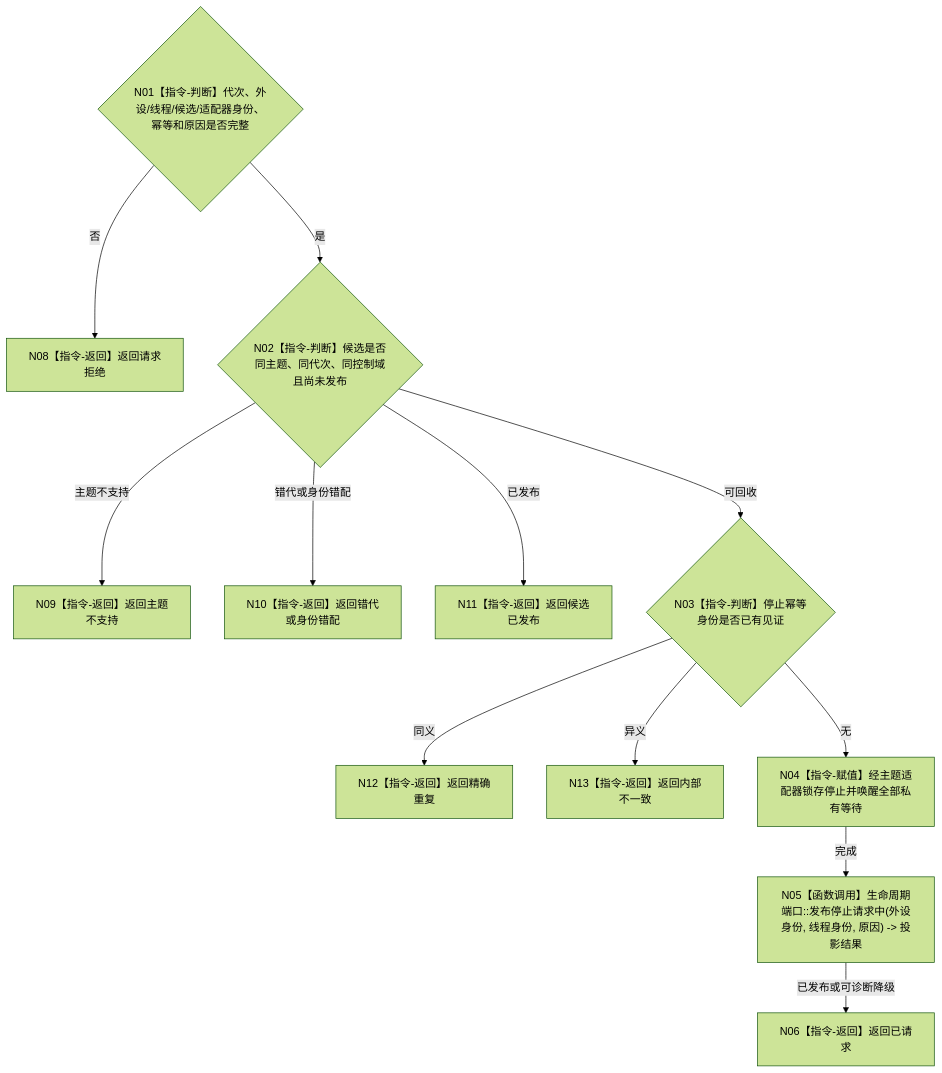
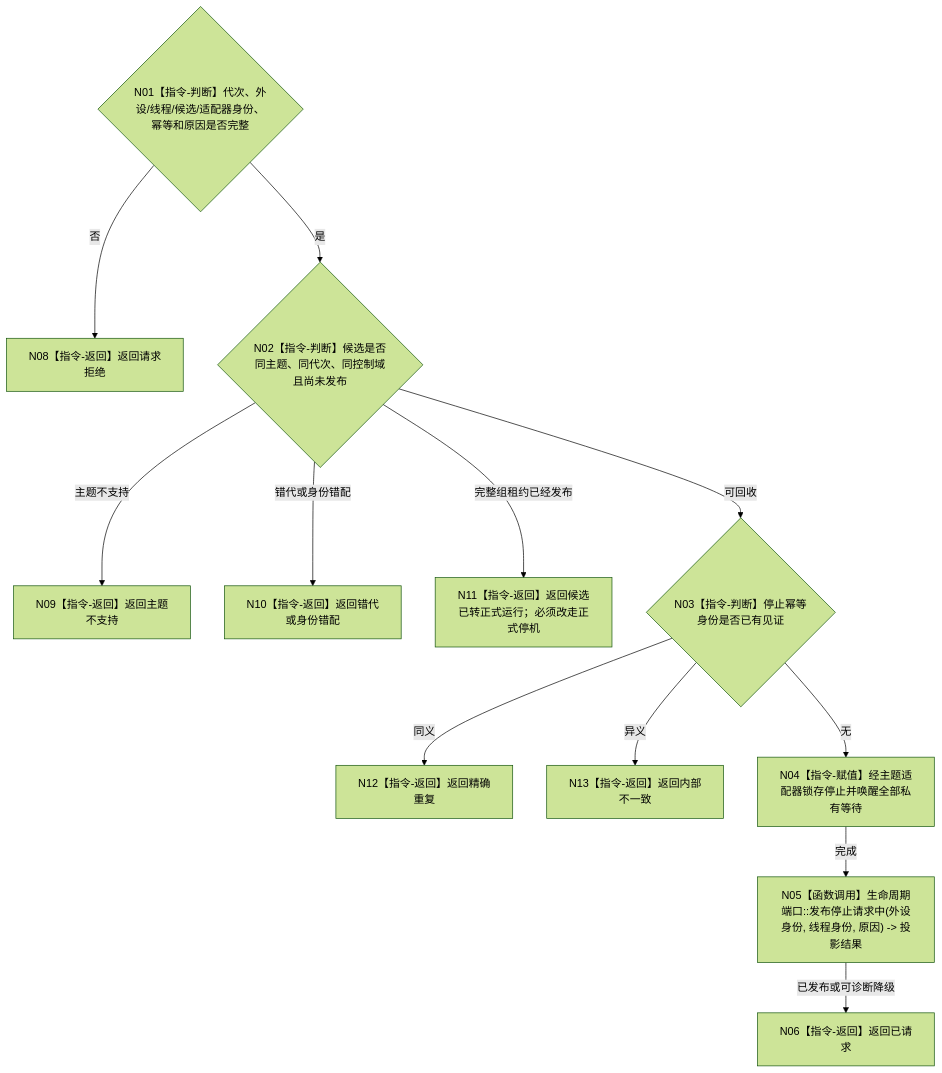
One commit to chunhaizh-cyber/HY-Ego changed the diagram in 流程图/目标业务流程图/L4/BIZ-L4-001-07-02-01_停止一个外设线程启动候选_目标函数流程图_v0.1.md. Above: the diagram before and after it, drawn with Mermaid (forest theme). The commit also changed other lines of this file and 17 other files, not shown here.

````diff
--- a/流程图/目标业务流程图/L4/BIZ-L4-001-07-02-01_停止一个外设线程启动候选_目标函数流程图_v0.1.md
+++ b/流程图/目标业务流程图/L4/BIZ-L4-001-07-02-01_停止一个外设线程启动候选_目标函数流程图_v0.1.md
@@ -30,14 +30,14 @@
 ```mermaid
 flowchart TD
  N01{"N01【指令-判断】代次、外设/线程/候选/适配器身份、幂等和原因是否完整"} -->|否| N08["N08【指令-返回】返回请求拒绝"]
  N01 -->|是| N02{"N02【指令-判断】候选是否同主题、同代次、同控制域且尚未发布"}
  N02 -->|主题不支持| N09["N09【指令-返回】返回主题不支持"]
  N02 -->|错代或身份错配| N10["N10【指令-返回】返回错代或身份错配"]
- N02 -->|已发布| N11["N11【指令-返回】返回候选已发布"]
+ N02 -->|完整组租约已经发布| N11["N11【指令-返回】返回候选已转正式运行；必须改走正式停机"]
  N02 -->|可回收| N03{"N03【指令-判断】停止幂等身份是否已有见证"}
  N03 -->|同义| N12["N12【指令-返回】返回精确重复"]
  N03 -->|异义| N13["N13【指令-返回】返回内部不一致"]
  N03 -->|无| N04["N04【指令-赋值】经主题适配器锁存停止并唤醒全部私有等待"]
  N04 -->|完成| N05["N05【函数调用】生命周期端口::发布停止请求中(外设身份, 线程身份, 原因) -> 投影结果"]
  N05 -->|已发布或可诊断降级| N06["N06【指令-返回】返回已请求"]
 ```
````
